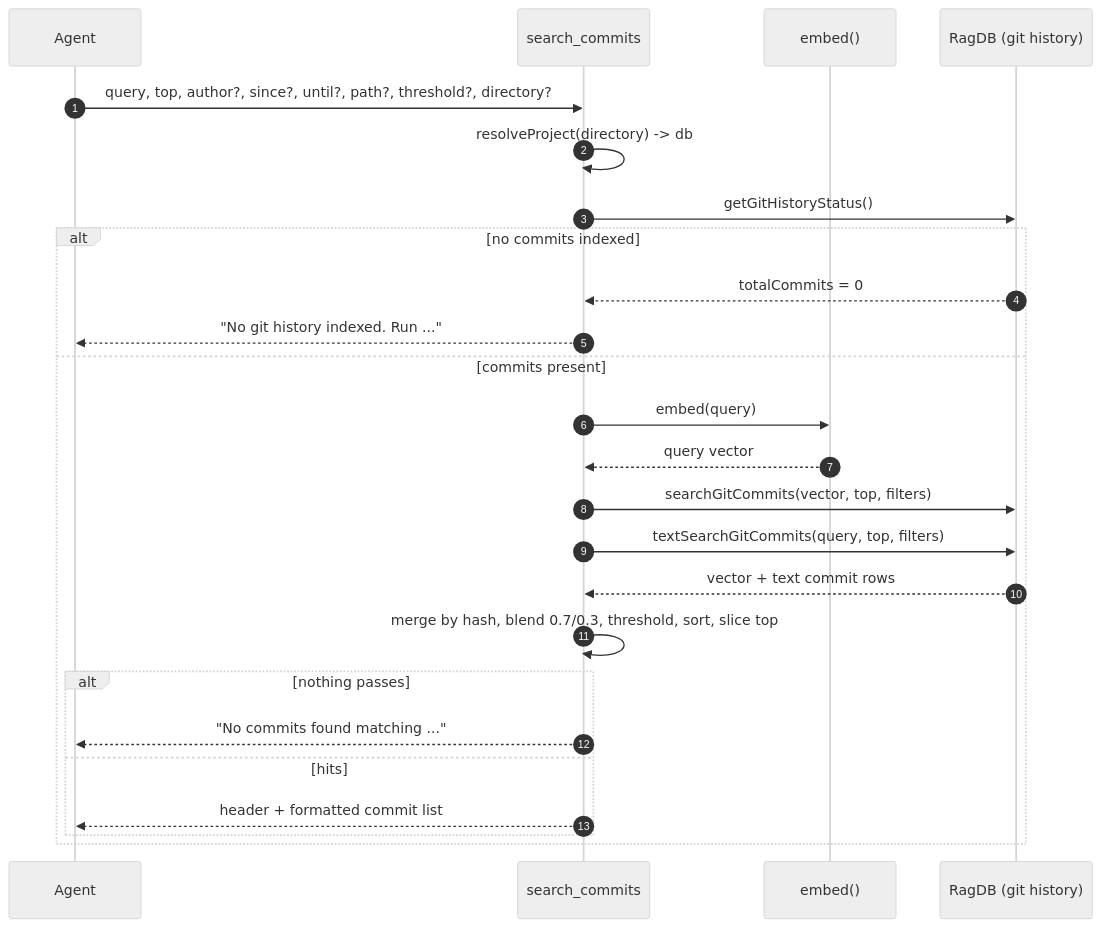
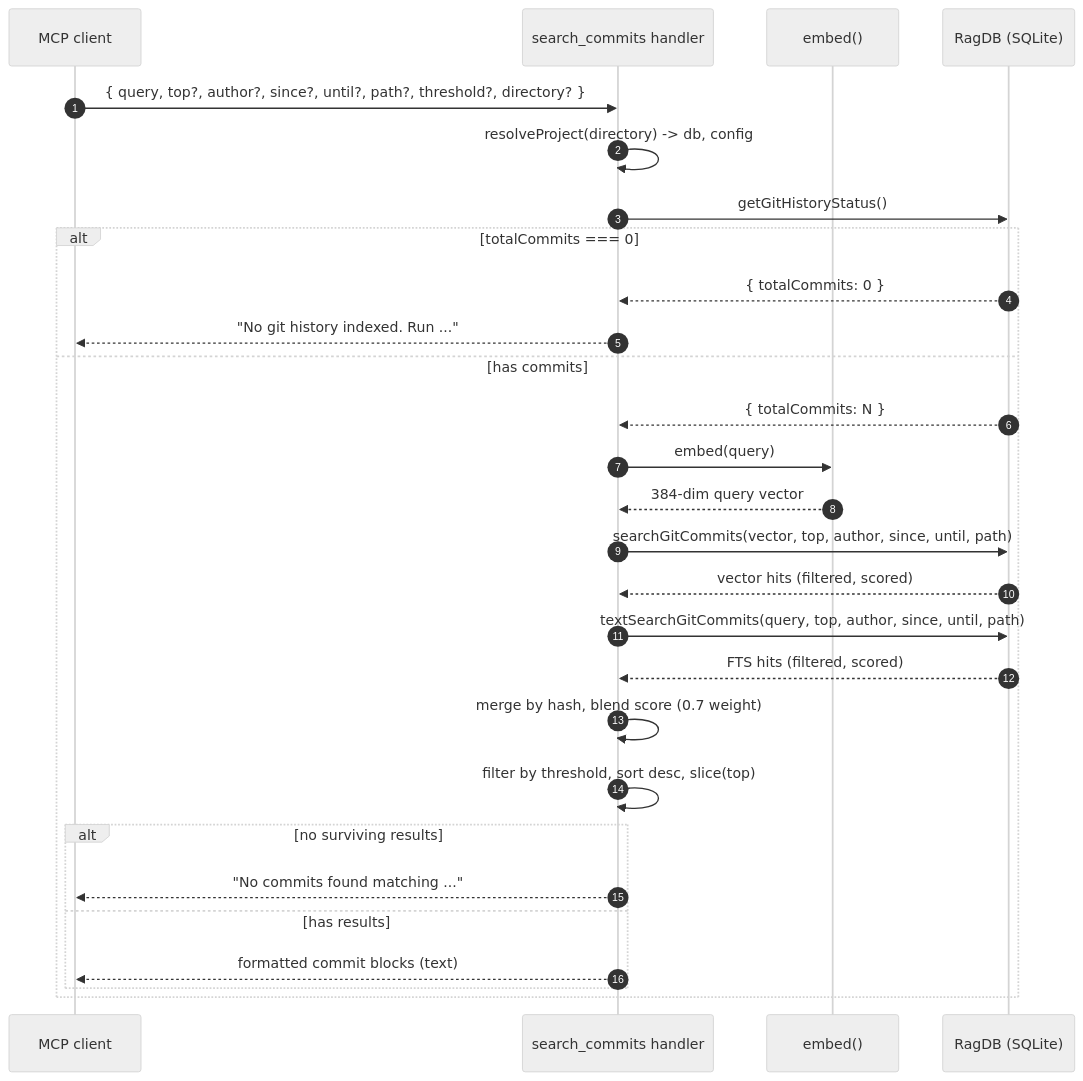
The diagram in wiki/tools/search-commits.md (TheWinci/mimirs), drawn with Mermaid (neutral theme) before and after one commit. The commit also changed other lines of this file and 51 other files, not shown here.

````diff
--- a/wiki/tools/search-commits.md
+++ b/wiki/tools/search-commits.md
@@ -40,27 +32,31 @@
 ```mermaid
 sequenceDiagram
     autonumber
-    participant Agent
-    participant Tool as search_commits
+    participant Agent as MCP client
+    participant Tool as search_commits handler
     participant Embed as embed()
-    participant DB as RagDB (git history)
-    Agent->>Tool: query, top, author?, since?, until?, path?, threshold?, directory?
-    Tool->>Tool: resolveProject(directory) -> db
+    participant DB as RagDB (SQLite)
+
+    Agent->>Tool: { query, top?, author?, since?, until?, path?, threshold?, directory? }
+    Tool->>Tool: resolveProject(directory) -> db, config
     Tool->>DB: getGitHistoryStatus()
-    alt no commits indexed
-        DB-->>Tool: totalCommits = 0
+    alt totalCommits === 0
+        DB-->>Tool: { totalCommits: 0 }
         Tool-->>Agent: "No git history indexed. Run ..."
-    else commits present
+    else has commits
+        DB-->>Tool: { totalCommits: N }
         Tool->>Embed: embed(query)
-        Embed-->>Tool: query vector
-        Tool->>DB: searchGitCommits(vector, top, filters)
-        Tool->>DB: textSearchGitCommits(query, top, filters)
-        DB-->>Tool: vector + text commit rows
-        Tool->>Tool: merge by hash, blend 0.7/0.3, threshold, sort, slice top
-        alt nothing passes
+        Embed-->>Tool: 384-dim query vector
+        Tool->>DB: searchGitCommits(vector, top, author, since, until, path)
+        DB-->>Tool: vector hits (filtered, scored)
+        Tool->>DB: textSearchGitCommits(query, top, author, since, until, path)
+        DB-->>Tool: FTS hits (filtered, scored)
+        Tool->>Tool: merge by hash, blend score (0.7 weight)
+        Tool->>Tool: filter by threshold, sort desc, slice(top)
+        alt no surviving results
             Tool-->>Agent: "No commits found matching ..."
-        else hits
-            Tool-->>Agent: header + formatted commit list
+        else has results
+            Tool-->>Agent: formatted commit blocks (text)
         end
     end
 ```
````
